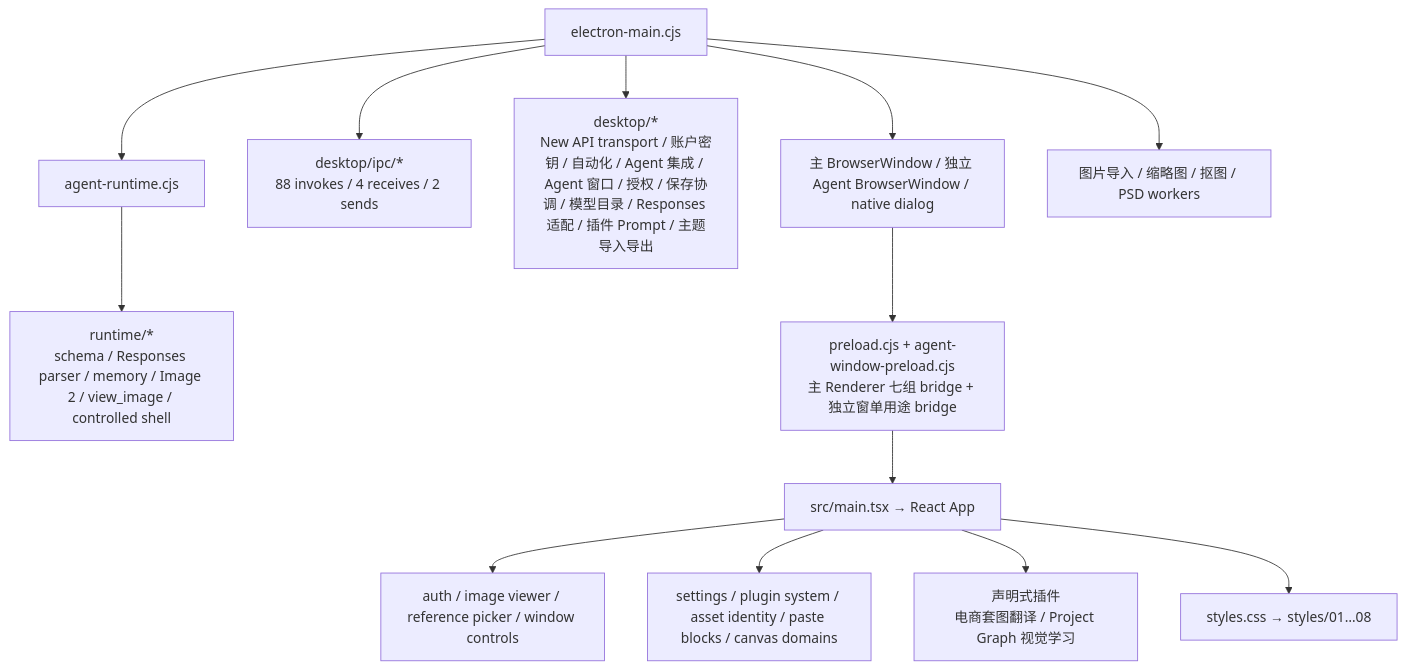
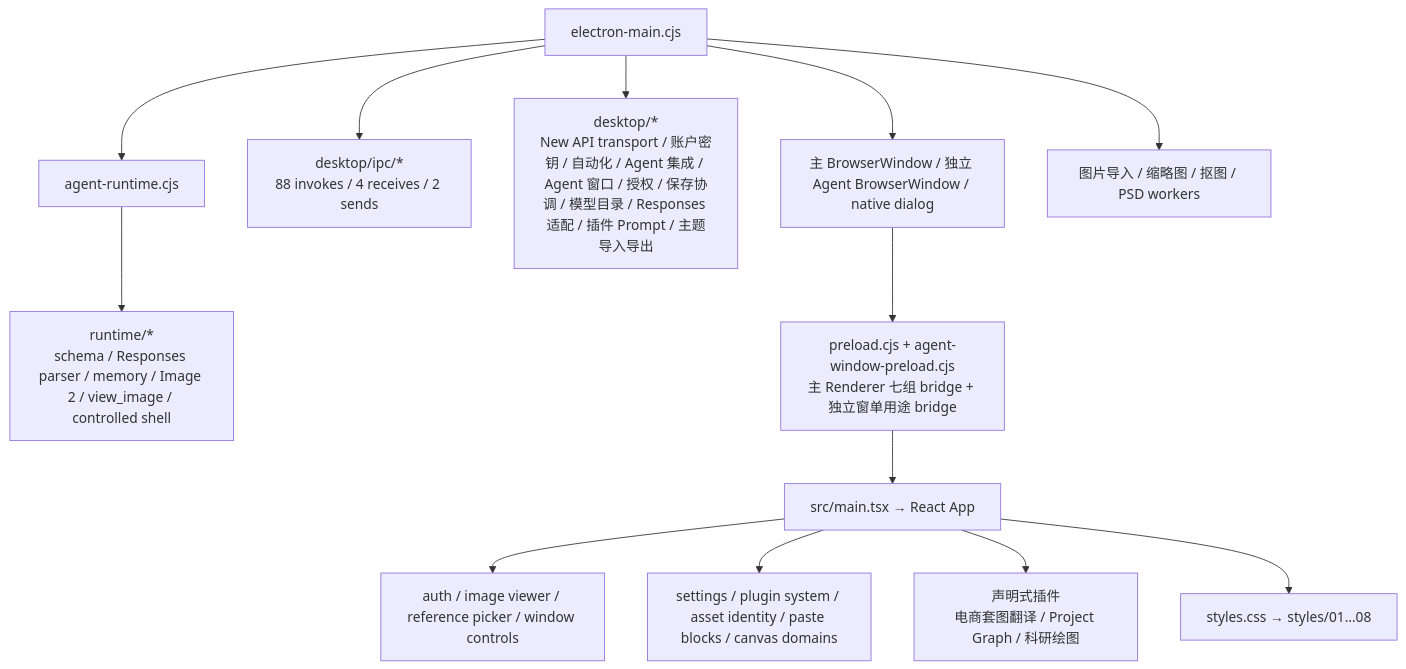
Before and after one commit to naMeaning/SparkAI-WorkSpace: the second of 2 diagrams in WORKSPACE_CONTEXT_MAP.md, drawn with Mermaid. The commit also changed other lines of this file and 18 other files, not shown here.

````diff
--- a/WORKSPACE_CONTEXT_MAP.md
+++ b/WORKSPACE_CONTEXT_MAP.md
@@ -49,15 +49,15 @@
 ```mermaid
 flowchart TD
   Entry["electron-main.cjs"] --> Window["主 BrowserWindow / 独立 Agent BrowserWindow / native dialog"]
   Entry --> Ipc["desktop/ipc/*\n88 invokes / 4 receives / 2 sends"]
   Entry --> DesktopModules["desktop/*\nNew API transport / 账户密钥 / 自动化 / Agent 集成 / Agent 窗口 / 授权 / 保存协调 / 模型目录 / Responses 适配 / 插件 Prompt / 主题导入导出"]
   Entry --> Runtime["agent-runtime.cjs"]
   Runtime --> RuntimeModules["runtime/*\nschema / Responses parser / memory / Image 2 / view_image / controlled shell"]
   Entry --> Workers["图片导入 / 缩略图 / 抠图 / PSD workers"]
   Window --> Preload["preload.cjs + agent-window-preload.cjs\n主 Renderer 七组 bridge + 独立窗单用途 bridge"]
   Preload --> Renderer["src/main.tsx → React App"]
   Renderer --> SurfaceModules["auth / image viewer / reference picker / window controls"]
   Renderer --> DomainModules["settings / plugin system / asset identity / paste blocks / canvas domains"]
-  Renderer --> PluginModules["声明式插件\n电商套图翻译 / Project Graph 视觉学习"]
+  Renderer --> PluginModules["声明式插件\n电商套图翻译 / Project Graph / 科研绘图"]
   Renderer --> Styles["styles.css → styles/01…08"]
 ```
````
